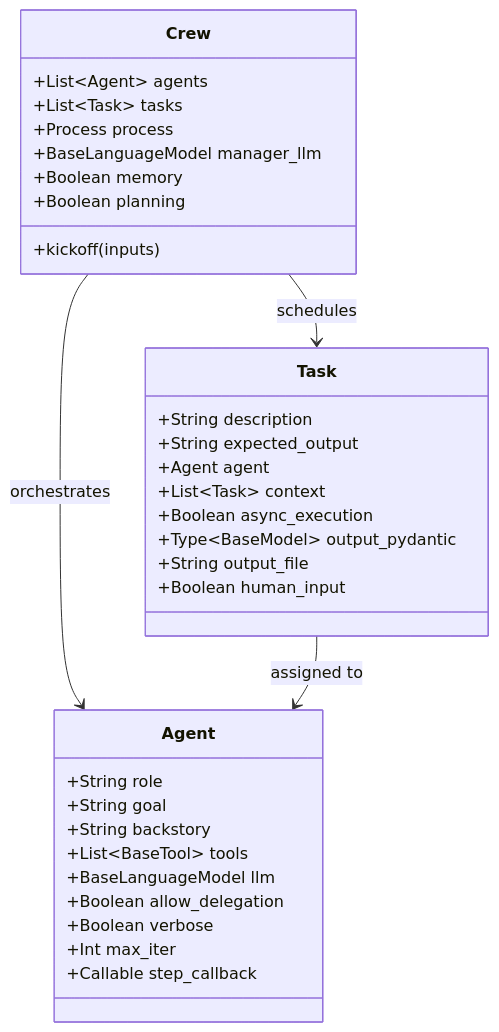
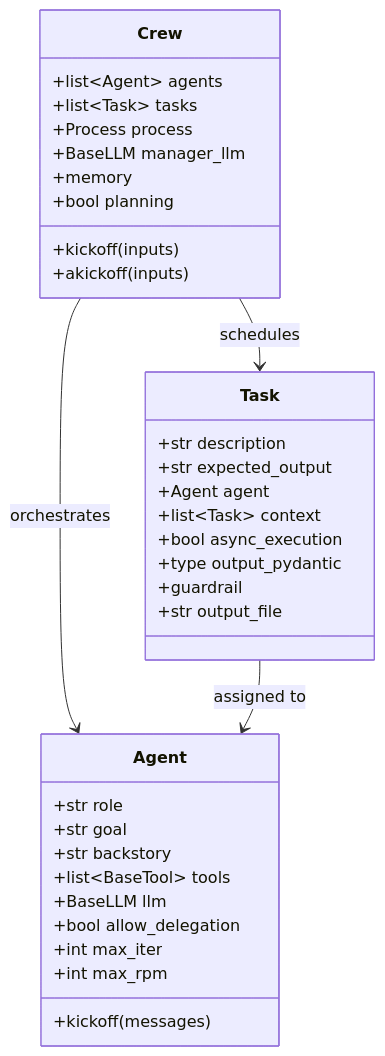
The fifth of 27 diagrams in README.md (TheLearningHubOrg/learn-crewai), drawn with Mermaid before and after one commit. The commit also changed other lines of this file and 32 other files, not shown here.

````diff
--- a/README.md
+++ b/README.md
@@ -114,39 +325,40 @@
 ```mermaid
 classDiagram
     class Agent {
-        +String role
-        +String goal
-        +String backstory
-        +List~BaseTool~ tools
-        +BaseLanguageModel llm
-        +Boolean allow_delegation
-        +Boolean verbose
-        +Int max_iter
-        +Callable step_callback
+        +str role
+        +str goal
+        +str backstory
+        +list~BaseTool~ tools
+        +BaseLLM llm
+        +bool allow_delegation
+        +int max_iter
+        +int max_rpm
+        +kickoff(messages)
     }
 
     class Task {
-        +String description
-        +String expected_output
+        +str description
+        +str expected_output
         +Agent agent
-        +List~Task~ context
-        +Boolean async_execution
-        +Type~BaseModel~ output_pydantic
-        +String output_file
-        +Boolean human_input
+        +list~Task~ context
+        +bool async_execution
+        +type output_pydantic
+        +guardrail
+        +str output_file
     }
 
     class Crew {
-        +List~Agent~ agents
-        +List~Task~ tasks
+        +list~Agent~ agents
+        +list~Task~ tasks
         +Process process
-        +BaseLanguageModel manager_llm
-        +Boolean memory
-        +Boolean planning
+        +BaseLLM manager_llm
+        +memory
+        +bool planning
         +kickoff(inputs)
+        +akickoff(inputs)
     }
 
     Crew --> Agent : orchestrates
     Crew --> Task : schedules
     Task --> Agent : assigned to
 ```
````
